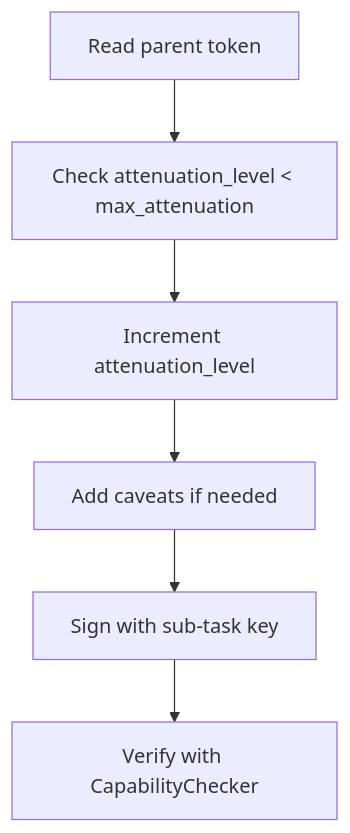
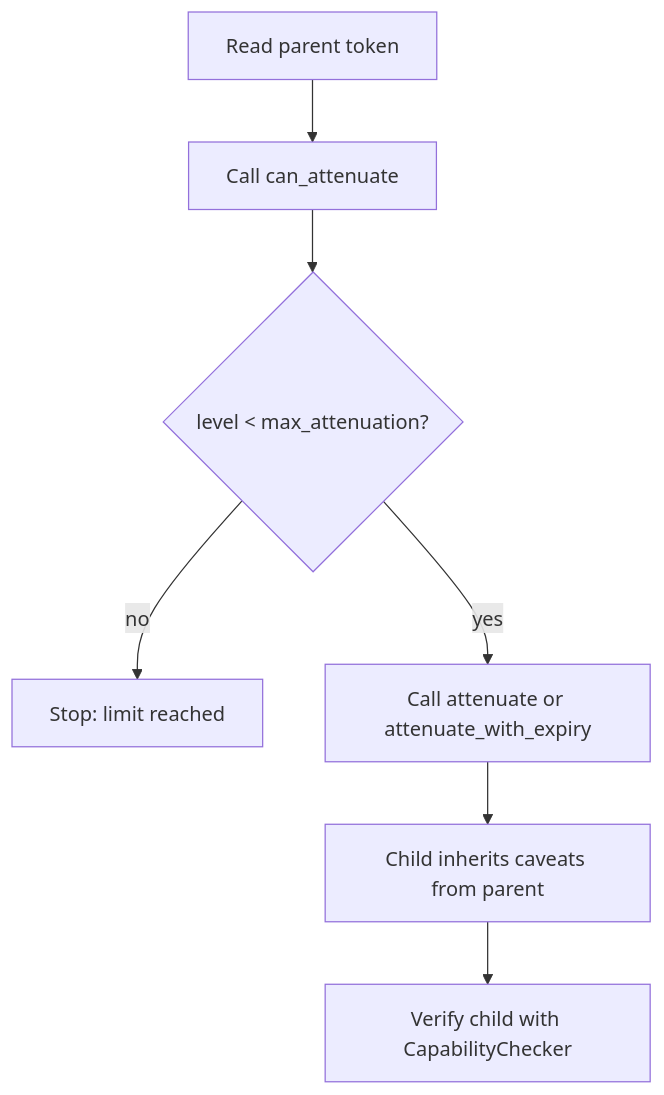
One commit to mdz-axo/zed-kask changed the diagram in kask/docs/diataxis/hkask-capability/how-to.md. Above: the diagram before and after it, drawn with Mermaid. The commit also changed other lines of this file and 33 other files, not shown here.

````diff
--- a/kask/docs/diataxis/hkask-capability/how-to.md
+++ b/kask/docs/diataxis/hkask-capability/how-to.md
@@ -29,8 +31,9 @@
 ```mermaid
 flowchart TD
-    A[Read parent token] --> B[Check attenuation_level < max_attenuation]
-    B --> C[Increment attenuation_level]
-    C --> D[Add caveats if needed]
-    D --> E[Sign with sub-task key]
-    E --> F[Verify with CapabilityChecker]
+    A[Read parent token] --> B[Call can_attenuate]
+    B --> C{level < max_attenuation?}
+    C -- no --> D[Stop: limit reached]
+    C -- yes --> E[Call attenuate or attenuate_with_expiry]
+    E --> F[Child inherits caveats from parent]
+    F --> G[Verify child with CapabilityChecker]
 ```
````
